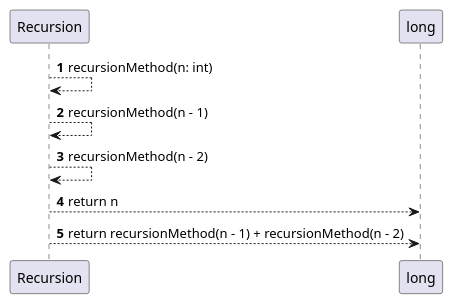
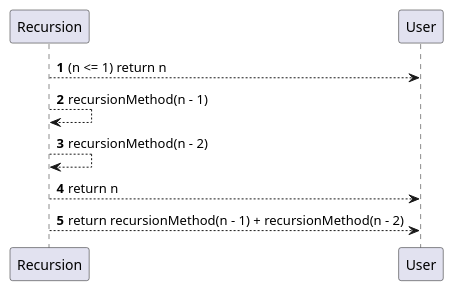
One commit to dmytrovolodovskyi/JavaCourse changed the diagram in module_5/src/diagramms/recursion_diagramm.puml. Above: the diagram before and after it, drawn with PlantUML. The commit also changed 4 other files, not shown here.

```diff
--- a/module_5/src/diagramms/recursion_diagramm.puml
+++ b/module_5/src/diagramms/recursion_diagramm.puml
@@ -1,12 +1,11 @@
 @startuml
-'https://plantuml.com/sequence-diagram
 
 autonumber
 
-Recursion --> Recursion : recursionMethod(n: int)
+Recursion --> User : (n <= 1) return n
 Recursion --> Recursion : recursionMethod(n - 1)
 Recursion --> Recursion : recursionMethod(n - 2)
-Recursion --> long : return n
-Recursion --> long : return recursionMethod(n - 1) + recursionMethod(n - 2)
+Recursion --> User : return n
+Recursion --> User : return recursionMethod(n - 1) + recursionMethod(n - 2)
 
 @enduml
```
